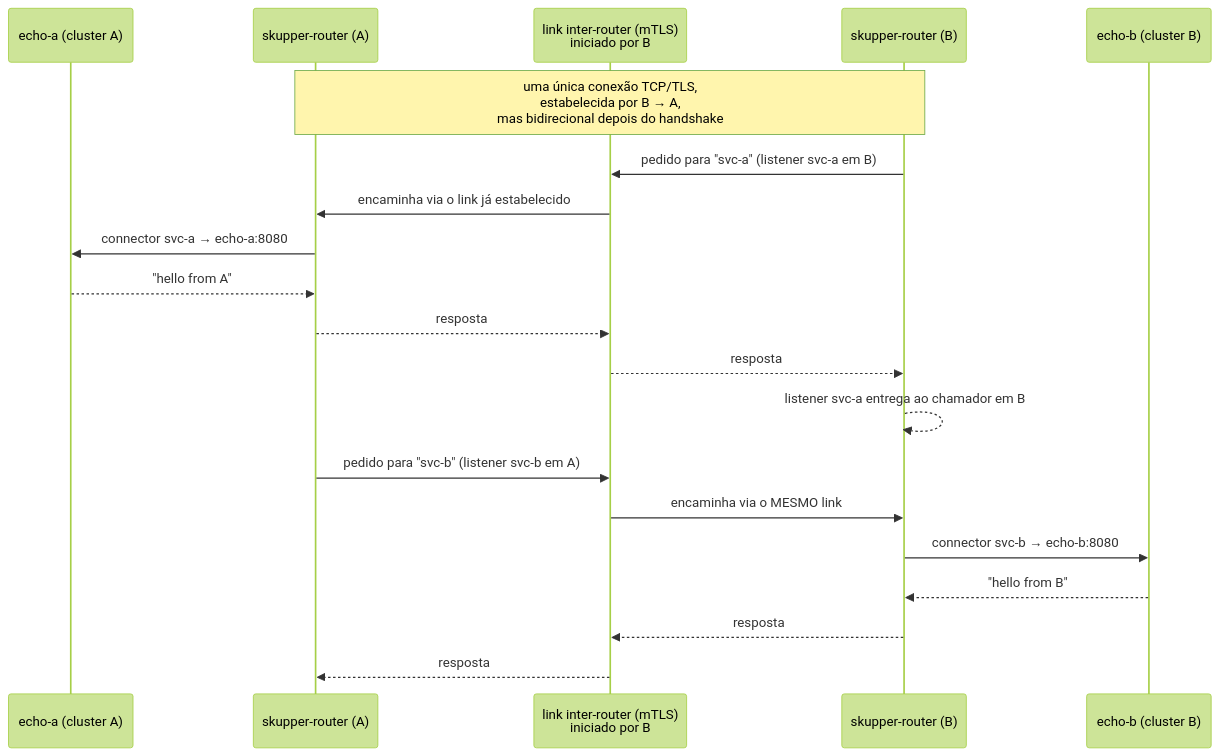
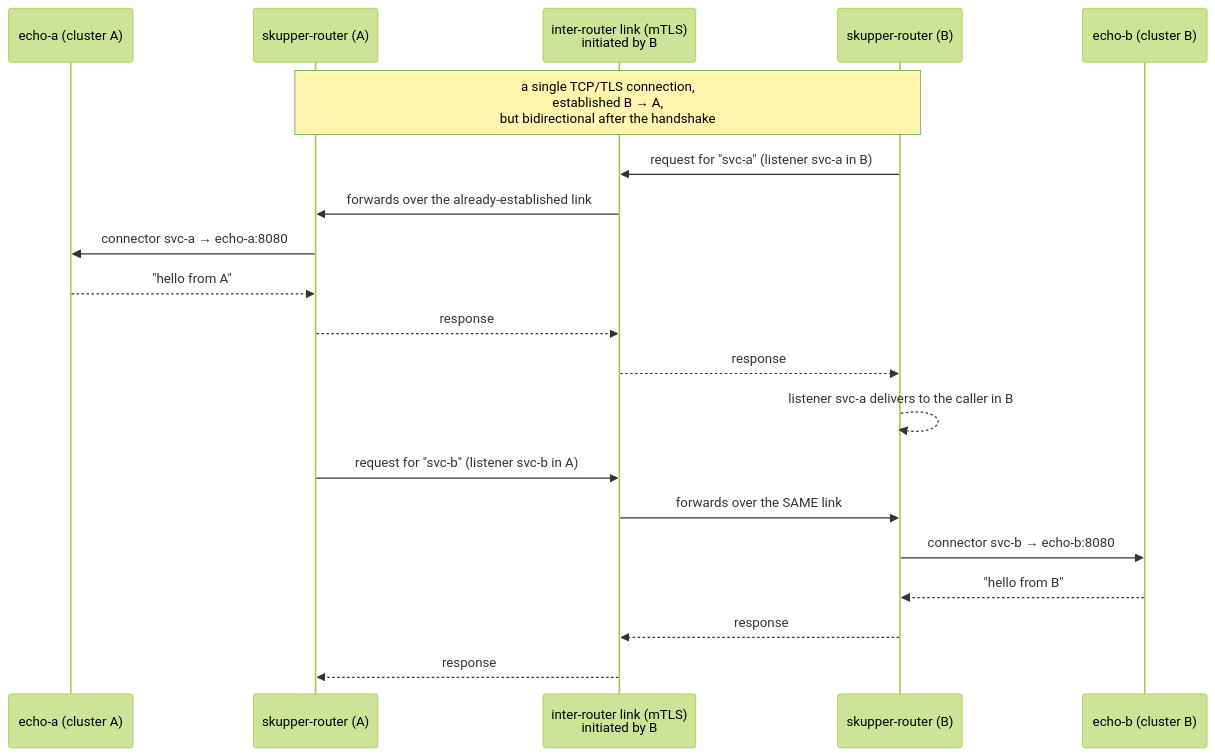
The fourth of 7 diagrams in docs/ARCHITECTURE.md (ericogr/poc-skupper), drawn with Mermaid (forest theme) before and after one commit. The commit also changed other lines of this file and 3 other files, not shown here.

First line of the commit message:
docs: adiciona versoes em ingles de README e ARCHITECTURE, PT-BR vira traducao

````diff
--- a/docs/ARCHITECTURE.md
+++ b/docs/ARCHITECTURE.md
@@ -159,25 +165,25 @@
 ```mermaid
 sequenceDiagram
     participant EchoA as echo-a (cluster A)
     participant RouterA as skupper-router (A)
-    participant LinkTLS as link inter-router (mTLS)<br/>iniciado por B
+    participant LinkTLS as inter-router link (mTLS)<br/>initiated by B
     participant RouterB as skupper-router (B)
     participant EchoB as echo-b (cluster B)
 
-    Note over RouterA,RouterB: uma única conexão TCP/TLS,<br/>estabelecida por B → A,<br/>mas bidirecional depois do handshake
+    Note over RouterA,RouterB: a single TCP/TLS connection,<br/>established B → A,<br/>but bidirectional after the handshake
 
-    RouterB->>LinkTLS: pedido para "svc-a" (listener svc-a em B)
-    LinkTLS->>RouterA: encaminha via o link já estabelecido
+    RouterB->>LinkTLS: request for "svc-a" (listener svc-a in B)
+    LinkTLS->>RouterA: forwards over the already-established link
     RouterA->>EchoA: connector svc-a → echo-a:8080
     EchoA-->>RouterA: "hello from A"
-    RouterA-->>LinkTLS: resposta
-    LinkTLS-->>RouterB: resposta
-    RouterB-->>RouterB: listener svc-a entrega ao chamador em B
+    RouterA-->>LinkTLS: response
+    LinkTLS-->>RouterB: response
+    RouterB-->>RouterB: listener svc-a delivers to the caller in B
 
-    RouterA->>LinkTLS: pedido para "svc-b" (listener svc-b em A)
-    LinkTLS->>RouterB: encaminha via o MESMO link
+    RouterA->>LinkTLS: request for "svc-b" (listener svc-b in A)
+    LinkTLS->>RouterB: forwards over the SAME link
     RouterB->>EchoB: connector svc-b → echo-b:8080
     EchoB-->>RouterB: "hello from B"
-    RouterB-->>LinkTLS: resposta
-    LinkTLS-->>RouterA: resposta
+    RouterB-->>LinkTLS: response
+    LinkTLS-->>RouterA: response
 ```
````
